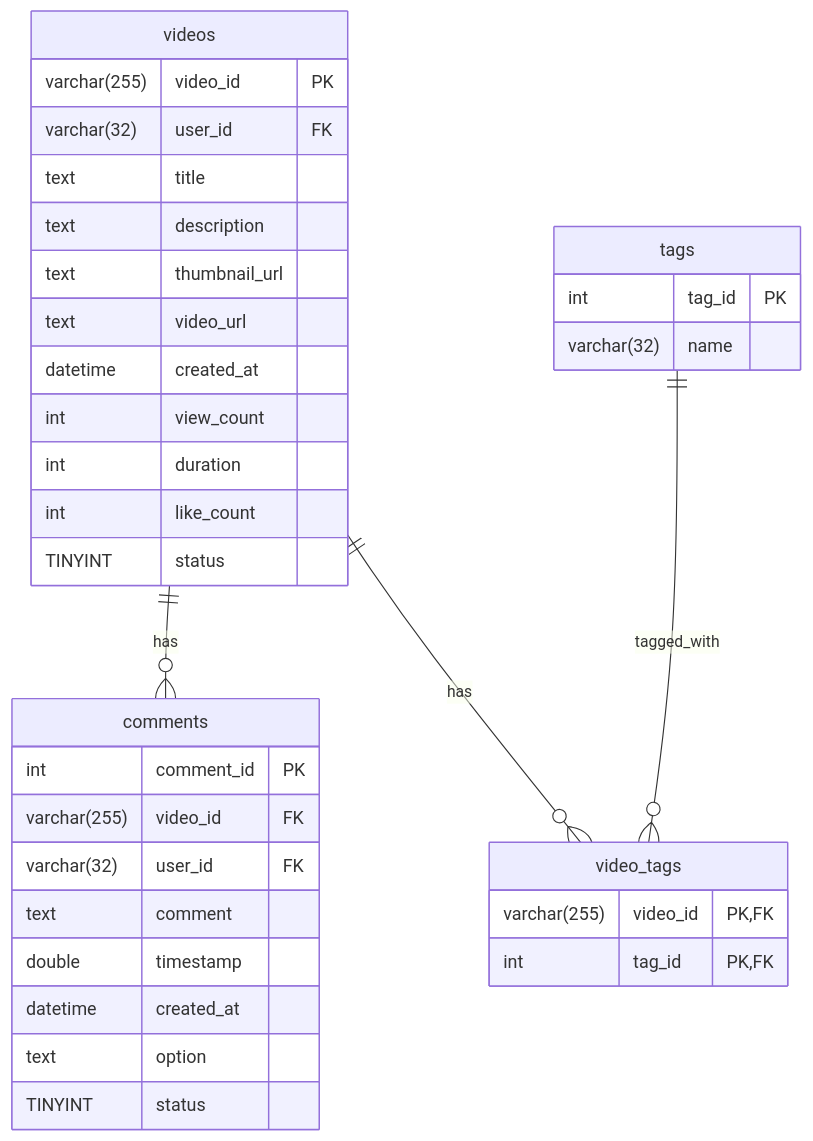
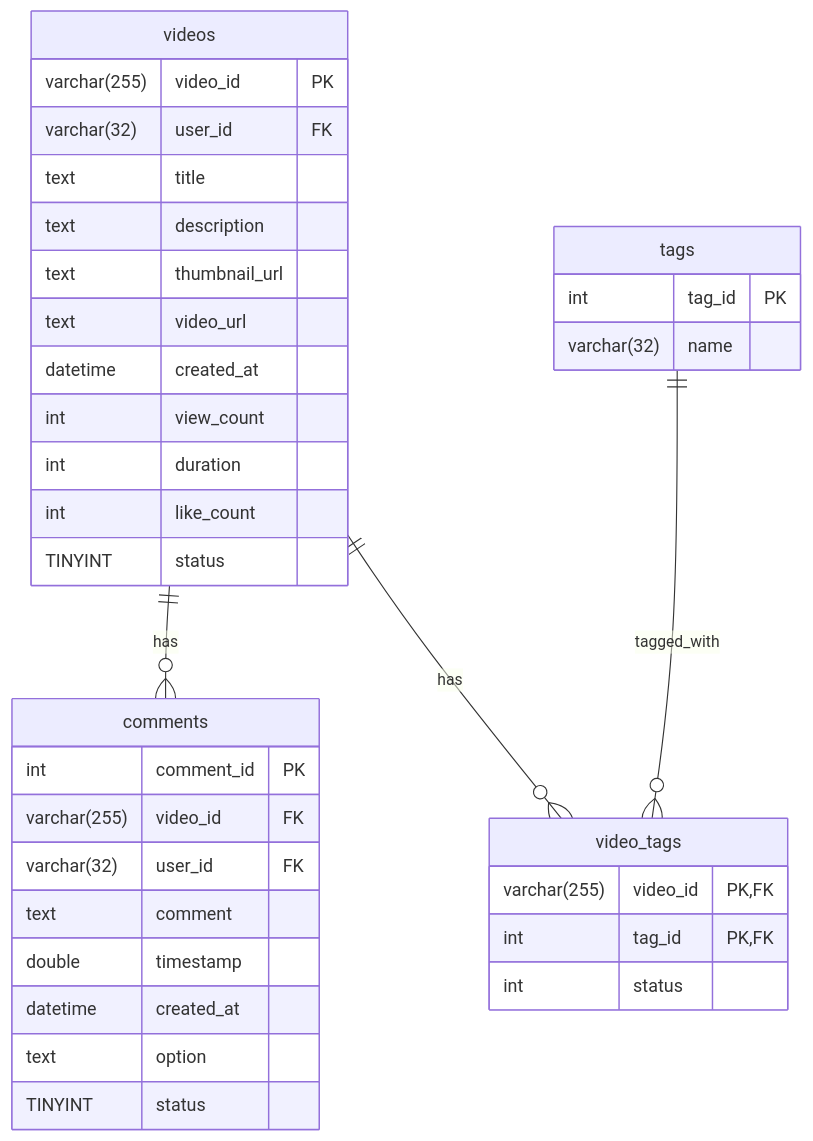
One commit to UnABC/playbacQ changed the diagram in docs/schema.md. Above: the diagram before and after it, drawn with Mermaid. The commit also changed 5 other files, not shown here.

````diff
--- a/docs/schema.md
+++ b/docs/schema.md
@@ -3,40 +3,41 @@
 ```mermaid
 erDiagram  
   videos {
 	varchar(255) video_id PK
 	varchar(32) user_id FK
 	text title
 	text description
 	text thumbnail_url
 	text video_url
 	datetime created_at
 	int view_count
 	int duration
 	int like_count
 	TINYINT status
   }
   comments {
 	int comment_id PK
 	varchar(255) video_id FK
 	varchar(32) user_id FK
 	text comment
 	double timestamp
 	datetime created_at
 	text option
 	TINYINT status
   }
   
   tags {
 	int tag_id PK
 	varchar(32) name
   }
 
   video_tags {
 	varchar(255) video_id PK,FK
 	int tag_id PK,FK
+	int status
   }
   
   videos||--o{comments : has
   videos||--o{video_tags : has
   tags||--o{video_tags : tagged_with
 ```
````
